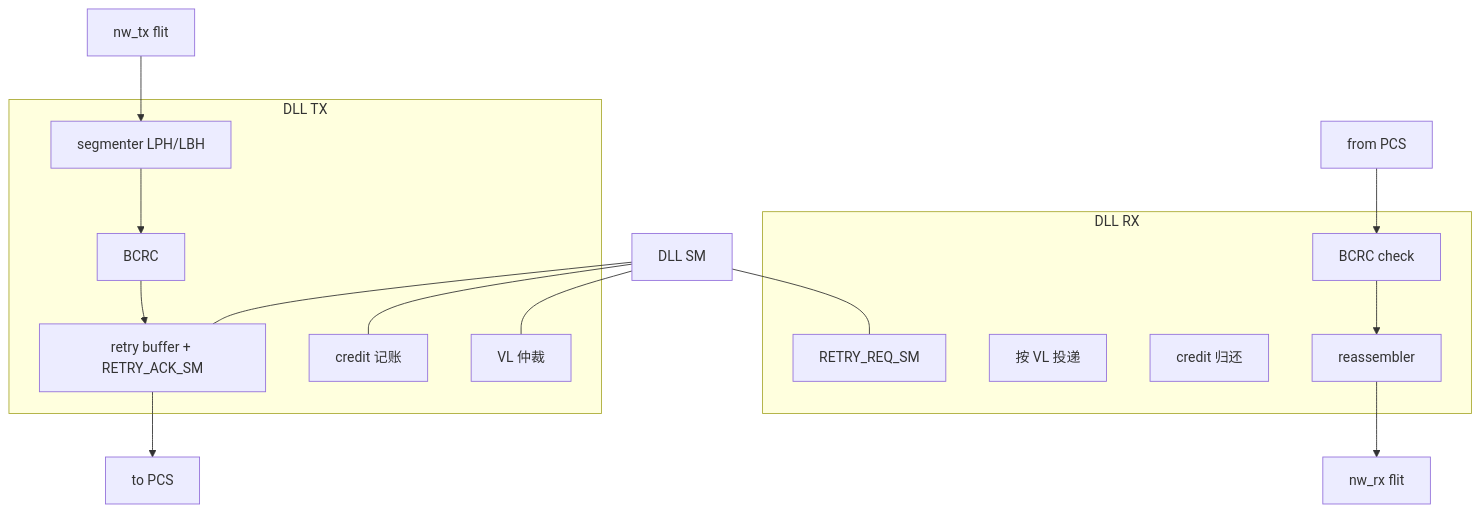
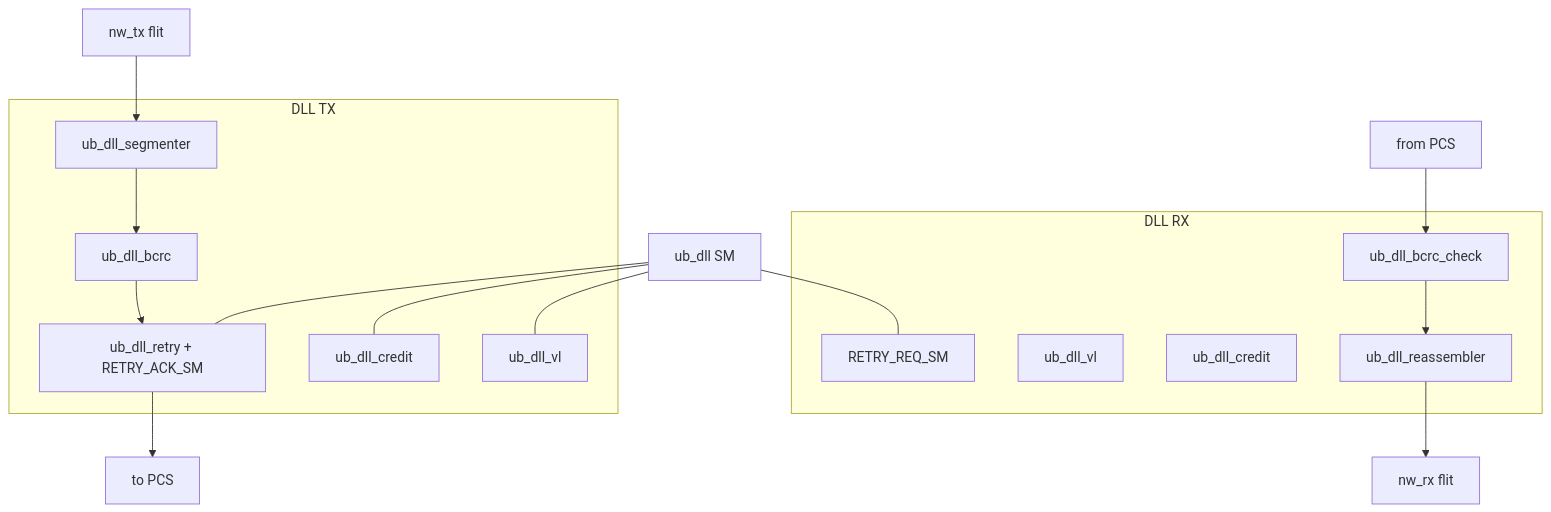
Before and after one commit to lukebest/Vibe-UB: the second of 4 diagrams in docs/SPEC.md, drawn with Mermaid. The commit also changed other lines of this file and 1 other file, not shown here.

First line of the commit message:
docs: close scrambler, BCRC, ERROR_FLAG; rename modules to ub_*

````diff
--- a/docs/SPEC.md
+++ b/docs/SPEC.md
@@ -155,24 +173,24 @@
 ```mermaid
 flowchart TB
   subgraph dll_tx [DLL TX]
-    SEG[segmenter LPH/LBH]
-    CRC_TX[BCRC]
-    VL_TX[VL 仲裁]
-    CRD_TX[credit 记账]
-    RET_TX[retry buffer + RETRY_ACK_SM]
+    SEG[ub_dll_segmenter]
+    CRC_TX[ub_dll_bcrc]
+    VL_TX[ub_dll_vl]
+    CRD_TX[ub_dll_credit]
+    RET_TX[ub_dll_retry + RETRY_ACK_SM]
   end
   subgraph dll_rx [DLL RX]
-    REASM[reassembler]
-    CRC_RX[BCRC check]
-    VL_RX[按 VL 投递]
-    CRD_RX[credit 归还]
+    REASM[ub_dll_reassembler]
+    CRC_RX[ub_dll_bcrc_check]
+    VL_RX[ub_dll_vl]
+    CRD_RX[ub_dll_credit]
     RET_RX[RETRY_REQ_SM]
   end
-  SM[DLL SM]
+  SM[ub_dll SM]
   NW_IN[nw_tx flit] --> SEG --> CRC_TX --> RET_TX --> PCS_TX[to PCS]
   PCS_RX[from PCS] --> CRC_RX --> REASM --> NW_OUT[nw_rx flit]
   SM --- VL_TX
   SM --- CRD_TX
   SM --- RET_TX
   SM --- RET_RX
 ```
````
